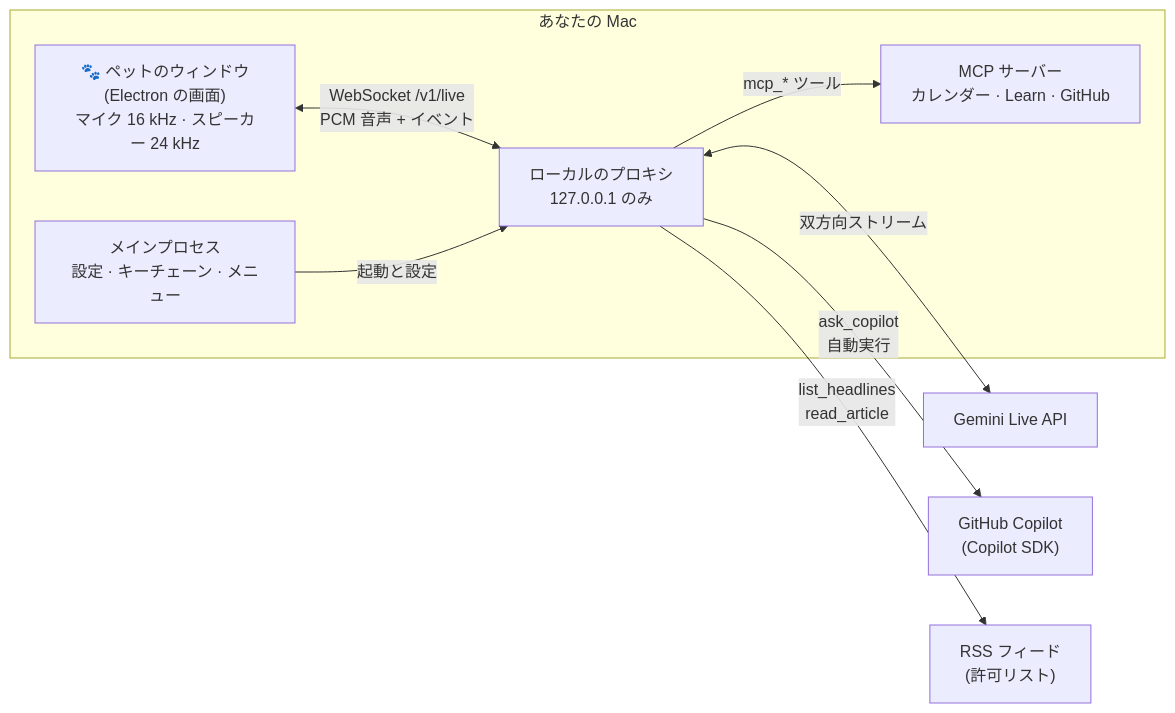
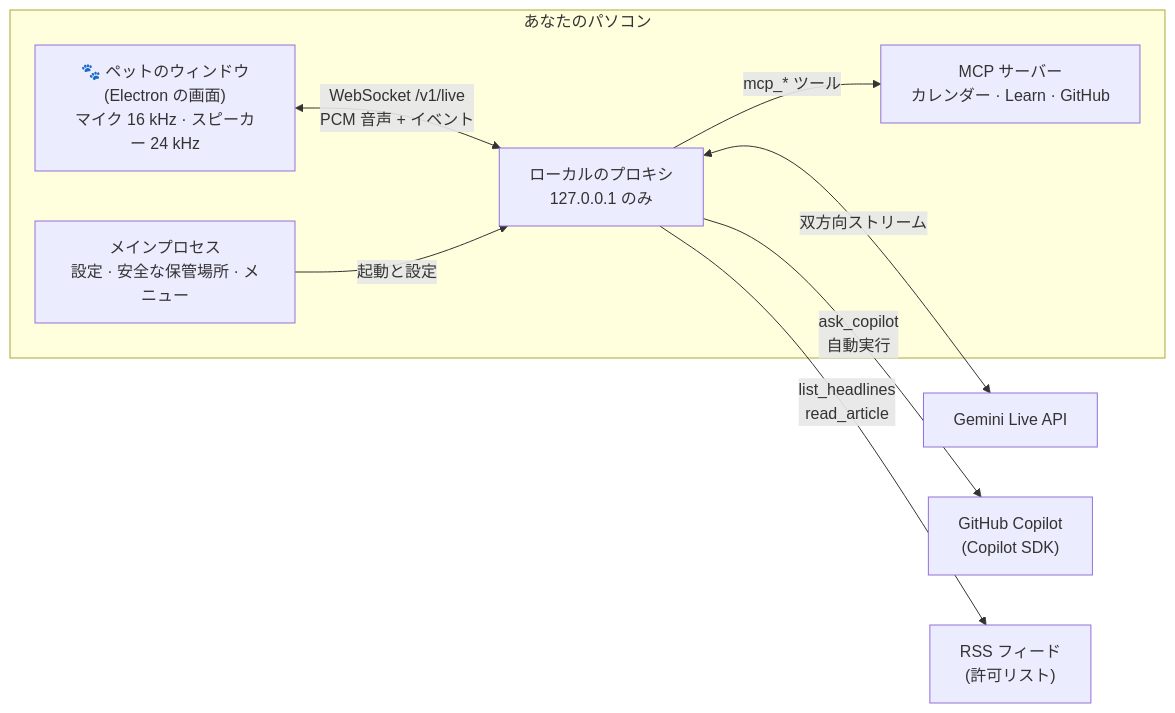
One commit to himiyosh/tonarin changed the diagram in README.ja.md. Above: the diagram before and after it, drawn with Mermaid. The commit also changed other lines of this file and 4 other files, not shown here.

````diff
--- a/README.ja.md
+++ b/README.ja.md
@@ -115,19 +137,19 @@
 ```mermaid
 flowchart LR
-  subgraph Mac["あなたの Mac"]
+  subgraph Computer["あなたのパソコン"]
     Pet["🐾 ペットのウィンドウ<br/>(Electron の画面)<br/>マイク 16 kHz · スピーカー 24 kHz"]
-    Main["メインプロセス<br/>設定 · キーチェーン · メニュー"]
+    Main["メインプロセス<br/>設定 · 安全な保管場所 · メニュー"]
     Proxy["ローカルのプロキシ<br/>127.0.0.1 のみ"]
     MCP["MCP サーバー<br/>カレンダー · Learn · GitHub"]
   end
   Gemini["Gemini Live API"]
   Copilot["GitHub Copilot<br/>(Copilot SDK)"]
   Feeds["RSS フィード<br/>(許可リスト)"]
 
   Pet <-- "WebSocket /v1/live<br/>PCM 音声 + イベント" --> Proxy
   Main -- "起動と設定" --> Proxy
   Proxy <-- "双方向ストリーム" --> Gemini
   Proxy -- "ask_copilot<br/>自動実行" --> Copilot
   Proxy -- "list_headlines<br/>read_article" --> Feeds
   Proxy -- "mcp_* ツール" --> MCP
 ```
````
